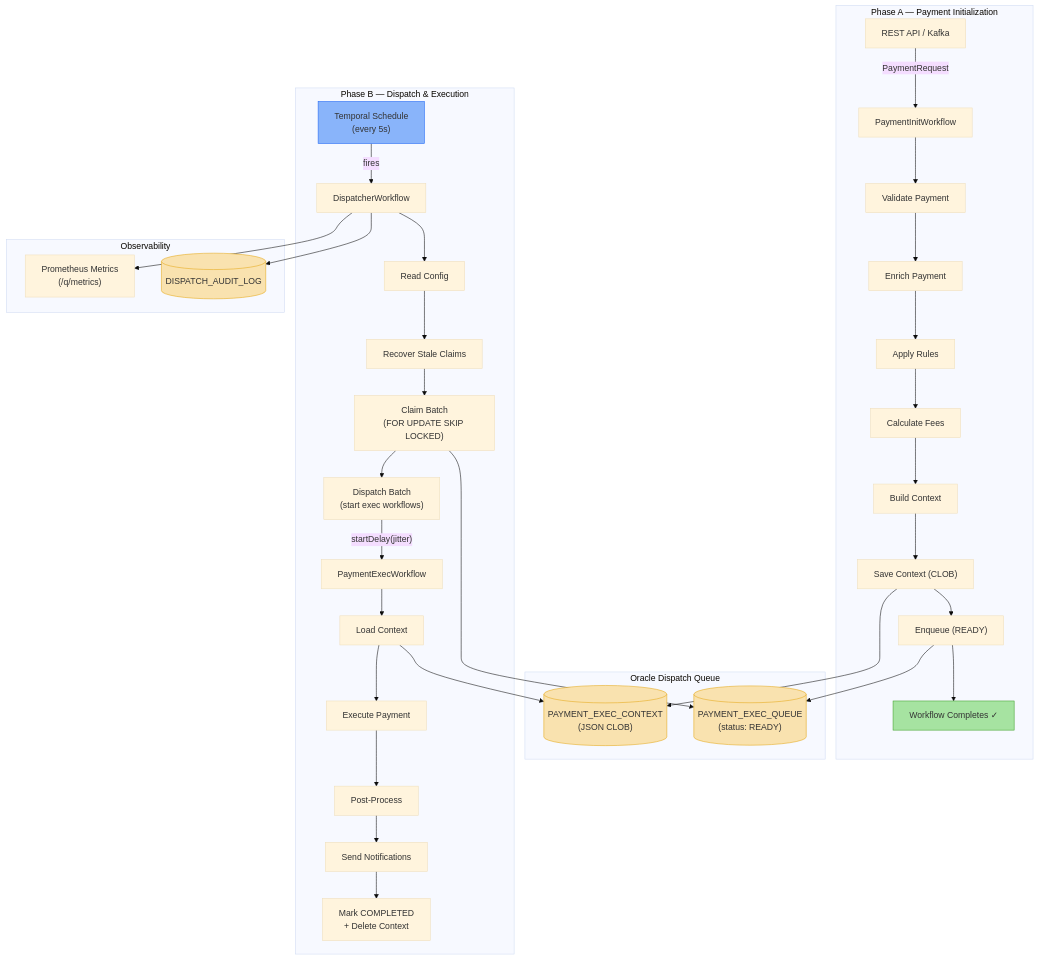
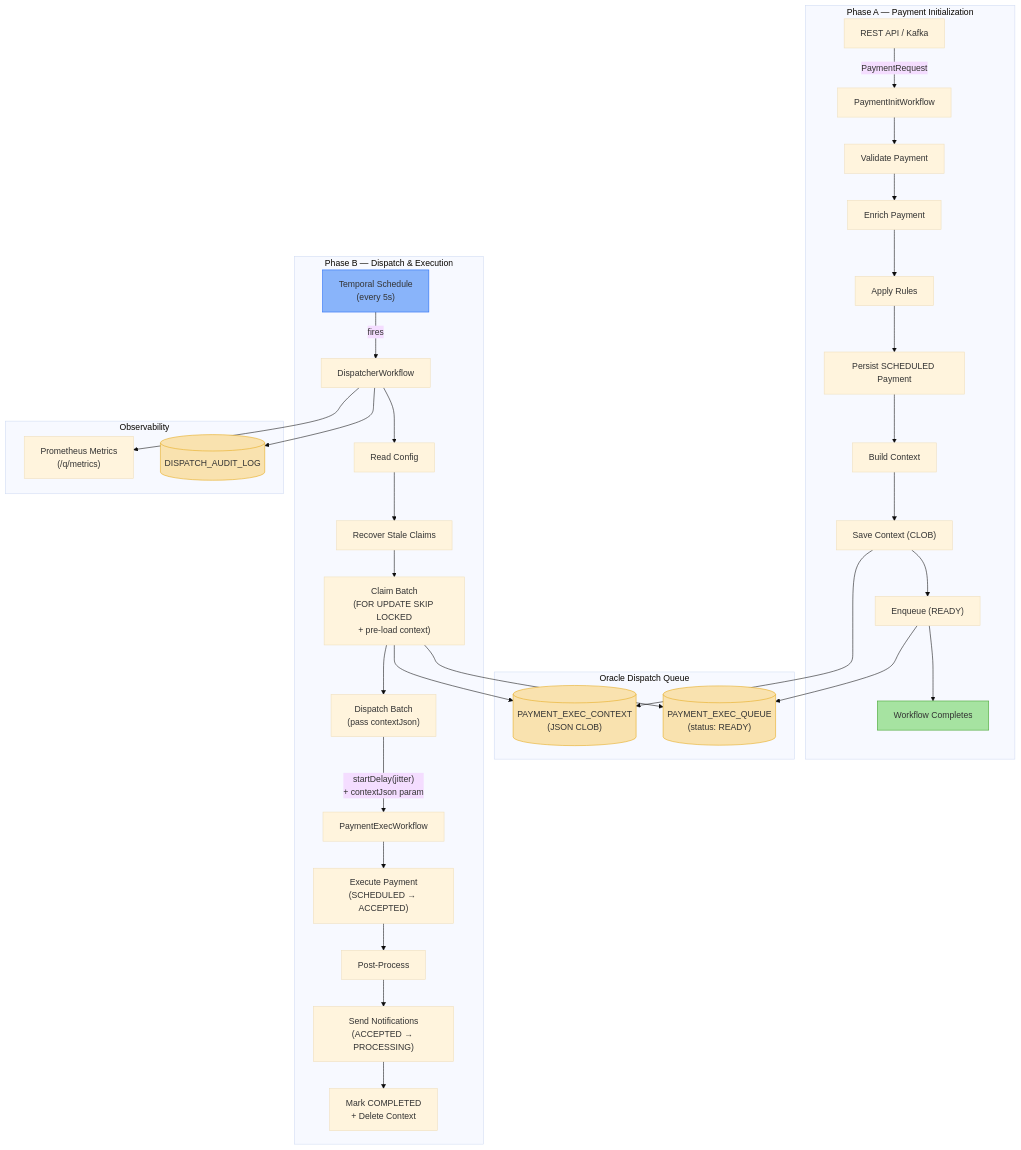
The first of 13 diagrams in README.md (arunav-bhattacharya/payment-dispatch), drawn with Mermaid (base theme) before and after one commit. The commit also changed other lines of this file and 729 other files, not shown here.

````diff
--- a/README.md
+++ b/README.md
@@ -22,46 +32,45 @@
 ```mermaid
 graph TB
     subgraph "Phase A — Payment Initialization"
         API["REST API / Kafka"] -->|PaymentRequest| INIT_WF["PaymentInitWorkflow"]
         INIT_WF --> VALIDATE["Validate Payment"]
         VALIDATE --> ENRICH["Enrich Payment"]
         ENRICH --> RULES["Apply Rules"]
-        RULES --> FEES["Calculate Fees"]
-        FEES --> BUILD_CTX["Build Context"]
+        RULES --> PERSIST["Persist SCHEDULED Payment"]
+        PERSIST --> BUILD_CTX["Build Context"]
         BUILD_CTX --> SAVE_CTX["Save Context (CLOB)"]
         SAVE_CTX --> ENQUEUE["Enqueue (READY)"]
-        ENQUEUE --> COMPLETE_A["Workflow Completes ✓"]
+        ENQUEUE --> COMPLETE_A["Workflow Completes"]
     end
 
     subgraph "Oracle Dispatch Queue"
         ENQUEUE --> ORACLE_Q[("PAYMENT_EXEC_QUEUE\n(status: READY)")]
         SAVE_CTX --> ORACLE_CTX[("PAYMENT_EXEC_CONTEXT\n(JSON CLOB)")]
     end
 
     subgraph "Phase B — Dispatch & Execution"
         SCHEDULE["Temporal Schedule\n(every 5s)"] -->|fires| DISP_WF["DispatcherWorkflow"]
         DISP_WF --> READ_CFG["Read Config"]
         READ_CFG --> STALE["Recover Stale Claims"]
-        STALE --> CLAIM["Claim Batch\n(FOR UPDATE SKIP LOCKED)"]
+        STALE --> CLAIM["Claim Batch\n(FOR UPDATE SKIP LOCKED\n+ pre-load context)"]
         CLAIM --> ORACLE_Q
-        CLAIM --> DISPATCH["Dispatch Batch\n(start exec workflows)"]
-        DISPATCH -->|"startDelay(jitter)"| EXEC_WF["PaymentExecWorkflow"]
-        EXEC_WF --> LOAD_CTX["Load Context"]
-        LOAD_CTX --> ORACLE_CTX
-        LOAD_CTX --> EXECUTE["Execute Payment"]
+        CLAIM --> ORACLE_CTX
+        CLAIM --> DISPATCH["Dispatch Batch\n(pass contextJson)"]
+        DISPATCH -->|"startDelay(jitter)\n+ contextJson param"| EXEC_WF["PaymentExecWorkflow"]
+        EXEC_WF --> EXECUTE["Execute Payment\n(SCHEDULED → ACCEPTED)"]
         EXECUTE --> POST["Post-Process"]
-        POST --> NOTIFY["Send Notifications"]
+        POST --> NOTIFY["Send Notifications\n(ACCEPTED → PROCESSING)"]
         NOTIFY --> CLEANUP["Mark COMPLETED\n+ Delete Context"]
     end
 
     subgraph "Observability"
         DISP_WF --> AUDIT[("DISPATCH_AUDIT_LOG")]
         DISP_WF --> METRICS["Prometheus Metrics\n(/q/metrics)"]
     end
 
     style ORACLE_Q fill:#f9e2af,stroke:#e6a817
     style ORACLE_CTX fill:#f9e2af,stroke:#e6a817
     style AUDIT fill:#f9e2af,stroke:#e6a817
     style SCHEDULE fill:#89b4fa,stroke:#1e66f5
     style COMPLETE_A fill:#a6e3a1,stroke:#40a02b
 ```
````
